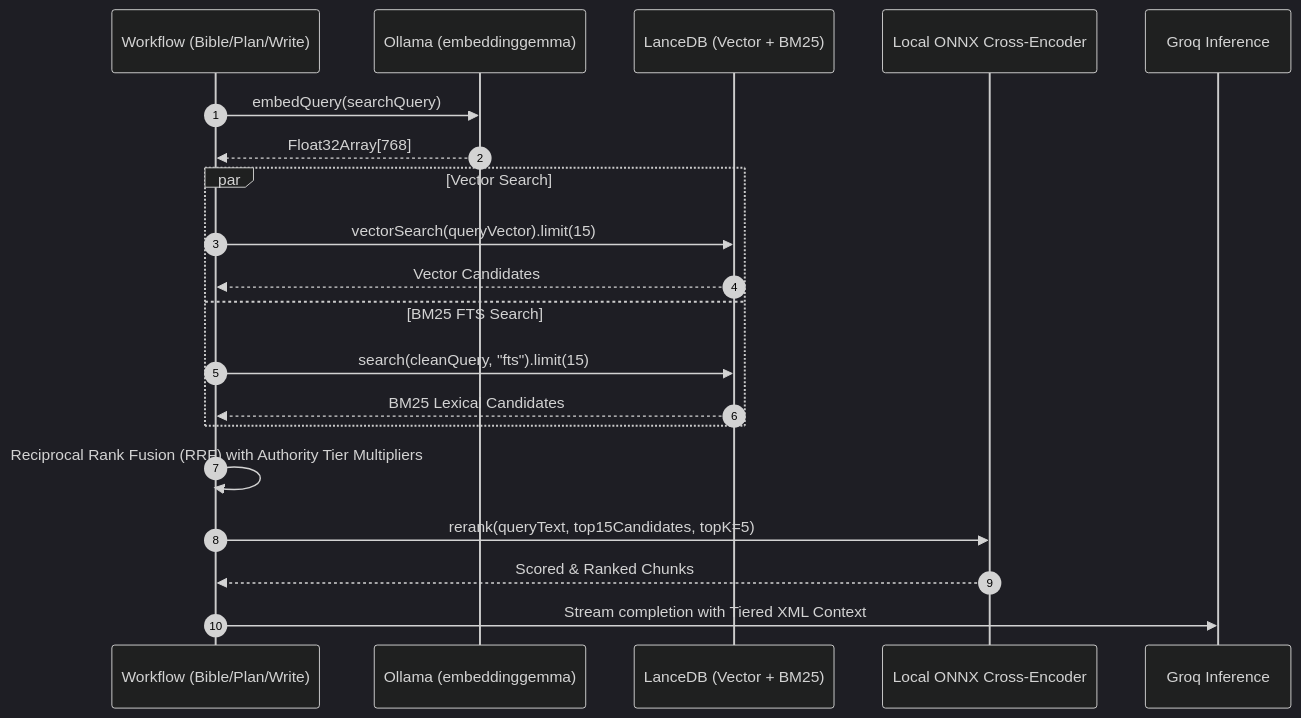
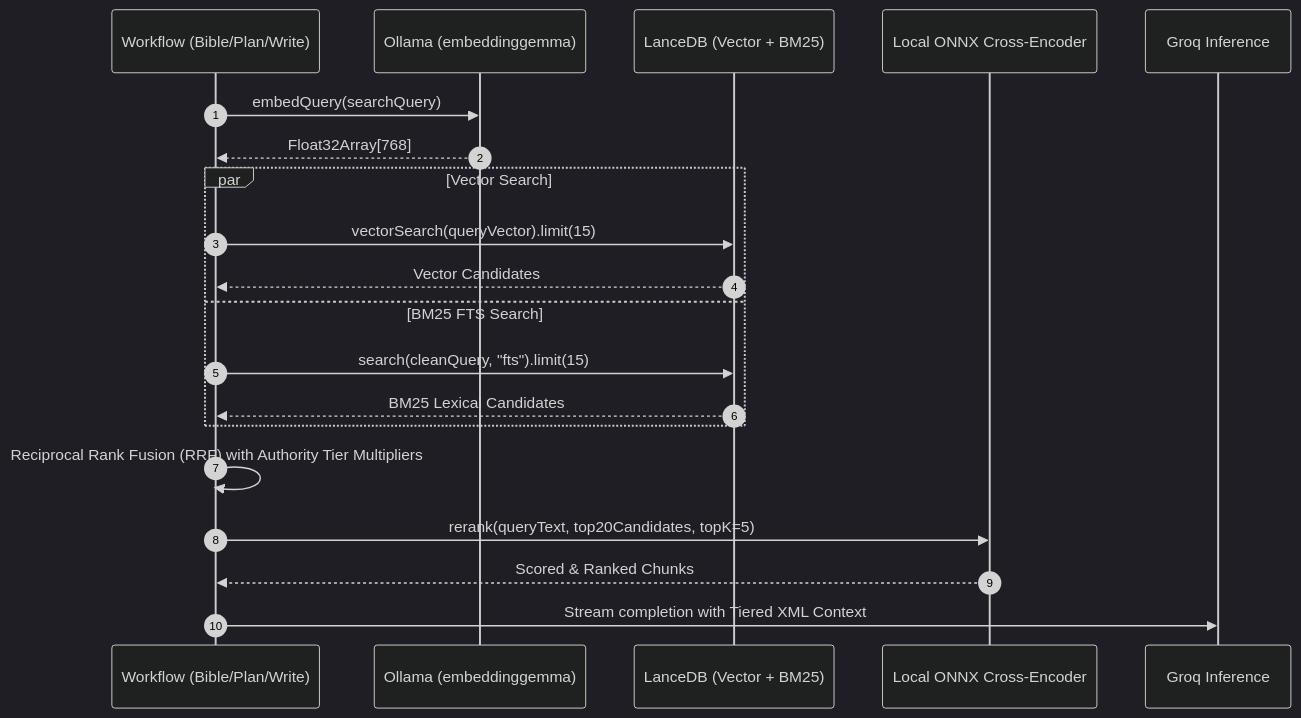
Before and after one commit to Nipun978/quillbot: the second of 2 diagrams in project.md, drawn with Mermaid (dark theme). The commit also changed other lines of this file and 22 other files, not shown here.

````diff
--- a/project.md
+++ b/project.md
@@ -174,23 +187,23 @@
 ```mermaid
 sequenceDiagram
     autonumber
     participant App as Workflow (Bible/Plan/Write)
     participant Embedder as Ollama (embeddinggemma)
     participant Lance as LanceDB (Vector + BM25)
     participant Rerank as Local ONNX Cross-Encoder
     participant LLM as Groq Inference
 
     App->>Embedder: embedQuery(searchQuery)
     Embedder-->>App: Float32Array[768]
     par Vector Search
         App->>Lance: vectorSearch(queryVector).limit(15)
         Lance-->>App: Vector Candidates
     and BM25 FTS Search
         App->>Lance: search(cleanQuery, "fts").limit(15)
         Lance-->>App: BM25 Lexical Candidates
     end
     App->>App: Reciprocal Rank Fusion (RRF) with Authority Tier Multipliers
-    App->>Rerank: rerank(queryText, top15Candidates, topK=5)
+    App->>Rerank: rerank(queryText, top20Candidates, topK=5)
     Rerank-->>App: Scored & Ranked Chunks
     App->>LLM: Stream completion with Tiered XML Context
 ```
````
